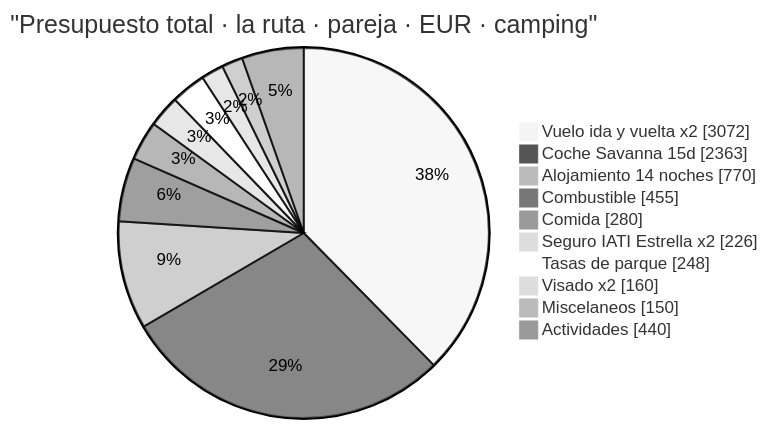
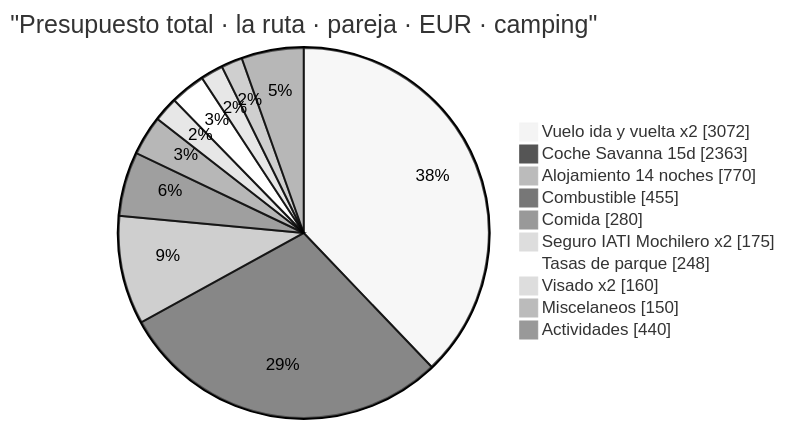
The first of 8 diagrams in 02-presupuesto.md (morandeirachema/namibia), drawn with Mermaid (neutral theme) before and after one commit. The commit also changed other lines of this file and 22 other files, not shown here.

````diff
--- a/02-presupuesto.md
+++ b/02-presupuesto.md
@@ -69,14 +70,14 @@
 ```mermaid
 pie showData
     title "Presupuesto total · la ruta · pareja · EUR · camping"
     "Vuelo ida y vuelta x2" : 3072
     "Coche Savanna 15d" : 2363
     "Alojamiento 14 noches" : 770
     "Combustible" : 455
     "Comida" : 280
-    "Seguro IATI Estrella x2" : 226
+    "Seguro IATI Mochilero x2" : 175
     "Tasas de parque" : 248
     "Visado x2" : 160
     "Miscelaneos" : 150
     "Actividades" : 440
 ```
````
